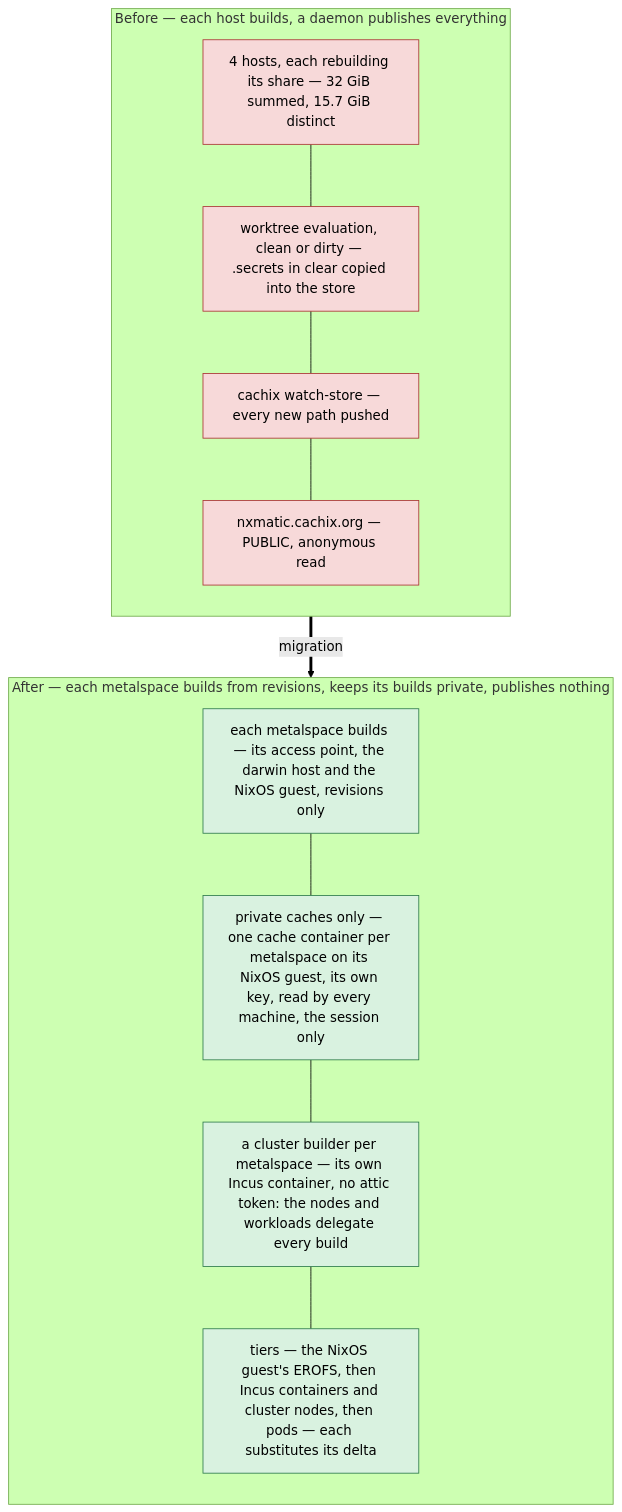
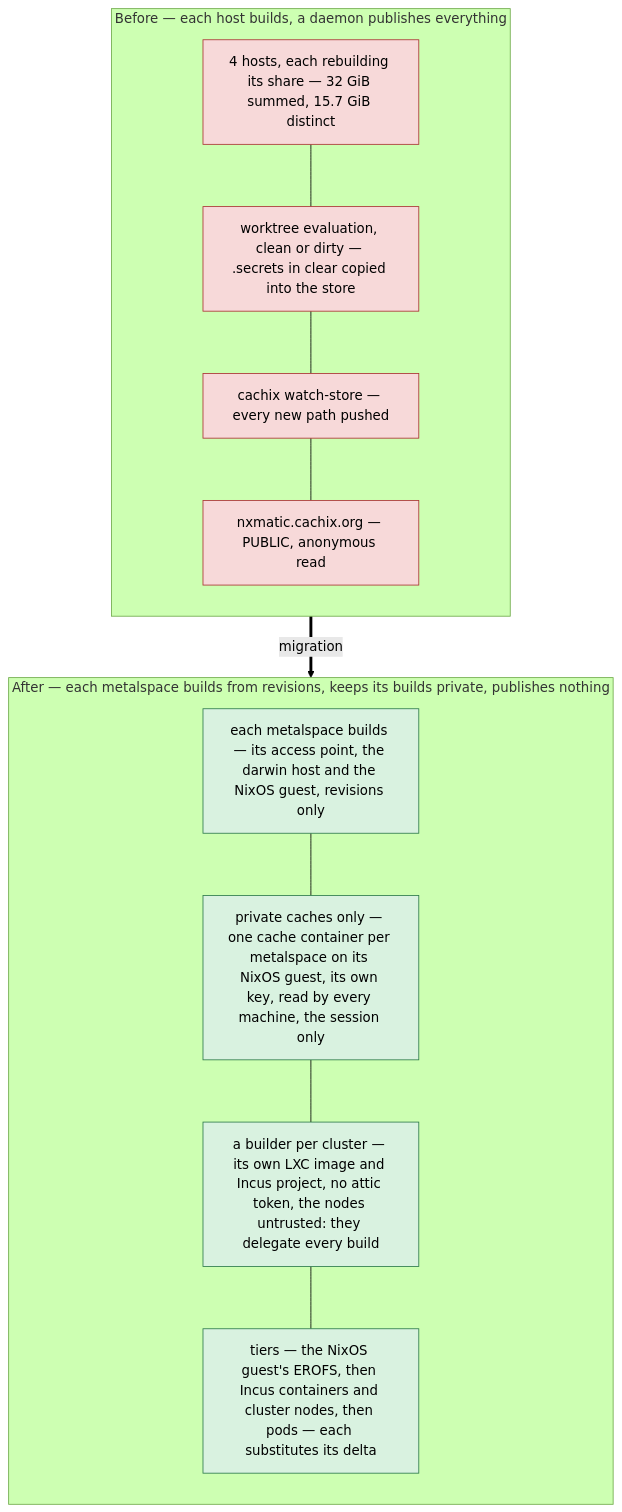
The seventh of 8 diagrams in docs/architecture/atlas/fabric-control-plane.adoc (seedmatic/rke2lab), drawn with Mermaid (forest theme) before and after one commit. The commit also changed other lines of this file, not shown here.

First line of the commit message:
docs(atlas): the cluster builder proven untrusted on the probe; a builder per cluster at the cold start

```diff
--- a/docs/architecture/atlas/fabric-control-plane.adoc
+++ b/docs/architecture/atlas/fabric-control-plane.adoc
@@ -476,24 +476,24 @@
 [mermaid]
 ....
 flowchart TB
   subgraph BEFORE["Before — each host builds, a daemon publishes everything"]
     direction TB
     b1["4 hosts, each rebuilding its share — 32 GiB summed, 15.7 GiB distinct"]:::ko
     b2["worktree evaluation, clean or dirty — .secrets in clear copied into the store"]:::ko
     b3["cachix watch-store — every new path pushed"]:::ko
     b4["nxmatic.cachix.org — PUBLIC, anonymous read"]:::ko
     b1 --- b2 --- b3 --- b4
   end
   subgraph AFTER["After — each metalspace builds from revisions, keeps its builds private, publishes nothing"]
     direction TB
     a1["each metalspace builds — its access point, the darwin host and the NixOS guest, revisions only"]:::ok
     a3["private caches only — one cache container per metalspace on its NixOS guest, its own key, read by every machine, the session only"]:::ok
-    a2["a cluster builder per metalspace — its own Incus container, no attic token: the nodes and workloads delegate every build"]:::ok
+    a2["a builder per cluster — its own LXC image and Incus project, no attic token, the nodes untrusted: they delegate every build"]:::ok
     a4["tiers — the NixOS guest's EROFS, then Incus containers and cluster nodes, then pods — each substitutes its delta"]:::ok
     a1 --- a3 --- a2 --- a4
   end
   BEFORE ==>|"migration"| AFTER
 
   classDef ko fill:#f7d9d9,stroke:#a33;
   classDef ok fill:#d9f2e0,stroke:#2d7a4b;
 ....
```
